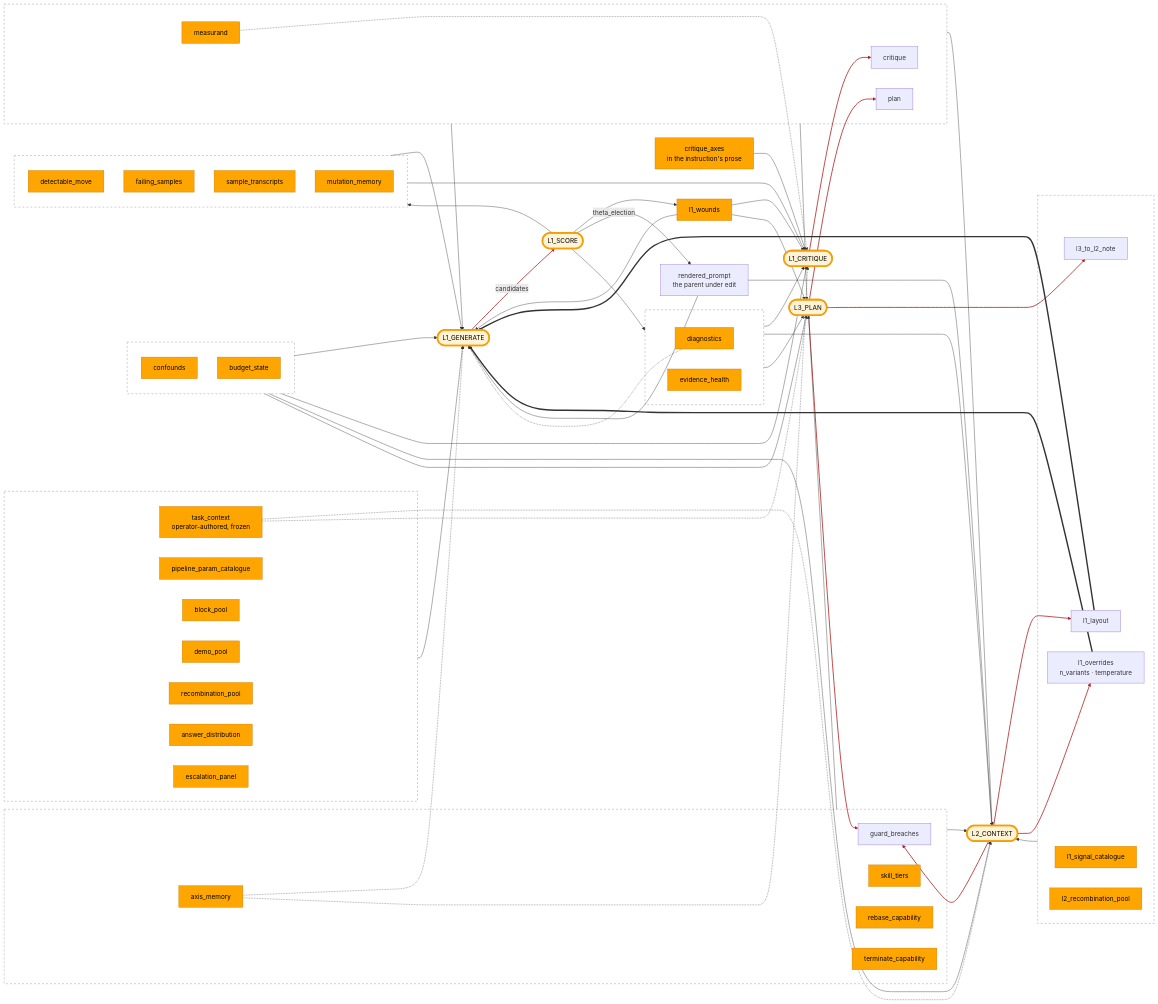
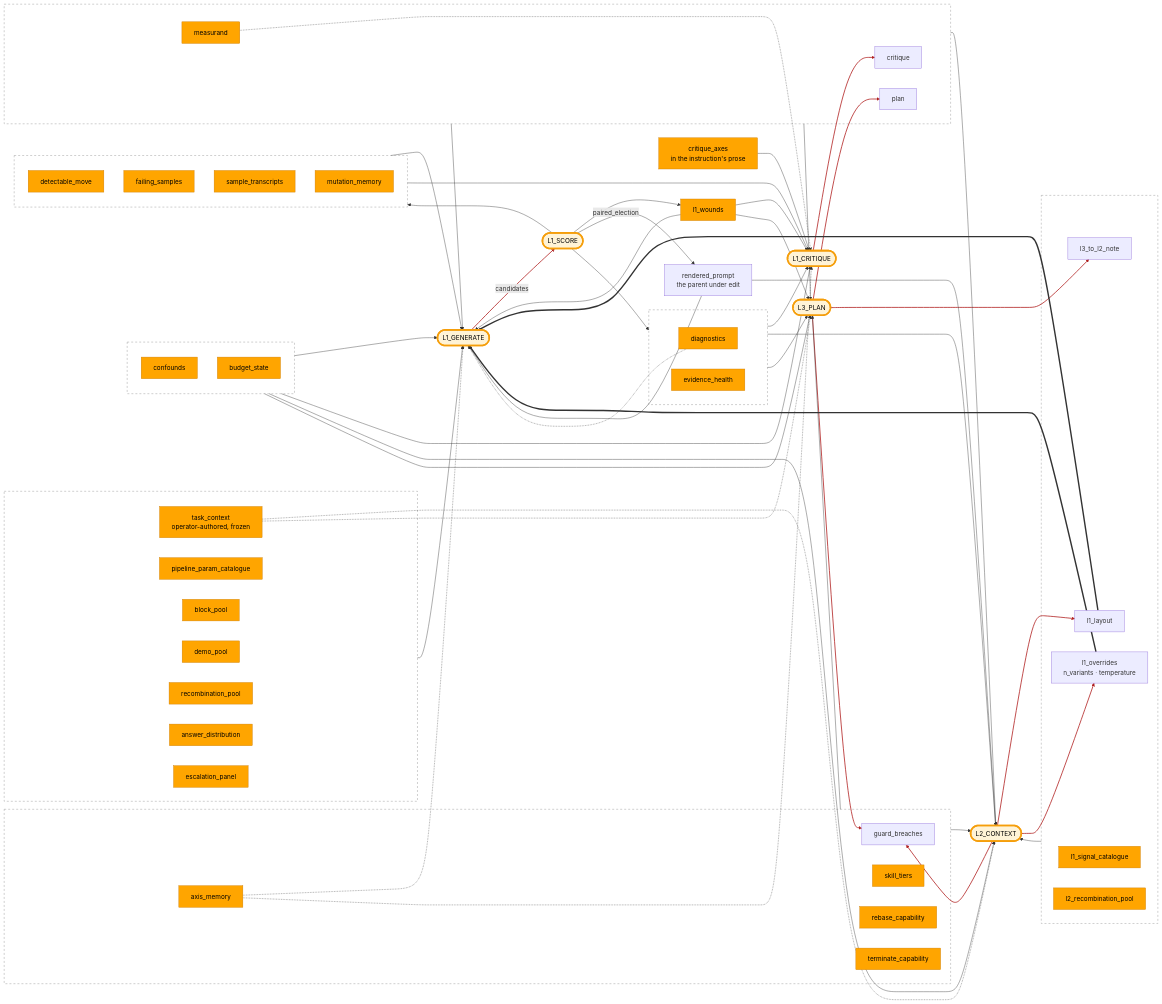
One commit to PromptPotter/prompt-potter-optimizer changed the diagram in docs/concepts/dispatch-hub.md. Above: the diagram before and after it, drawn with Mermaid. The commit also changed other lines of this file and 95 other files, not shown here.

```diff
--- a/docs/concepts/dispatch-hub.md
+++ b/docs/concepts/dispatch-hub.md
@@ -95,7 +95,7 @@
   L1S --> ROWS
   L1S --> HEALTH
   L1S --> L1W
-  L1S -->|theta_election| RP
+  L1S -->|paired_election| RP
 
   %% floors
   FRAME --> L1G
```
